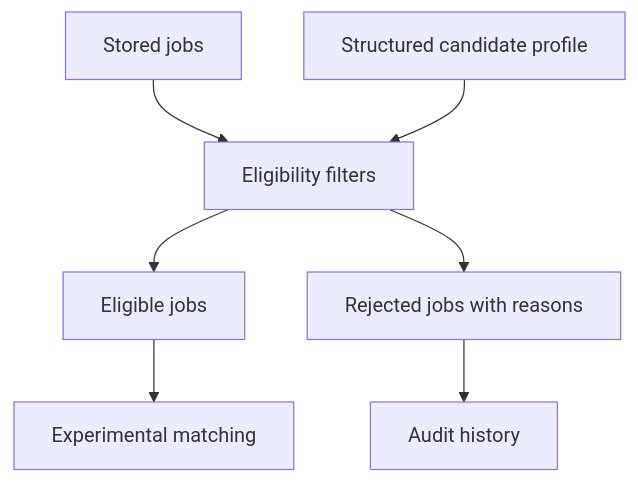
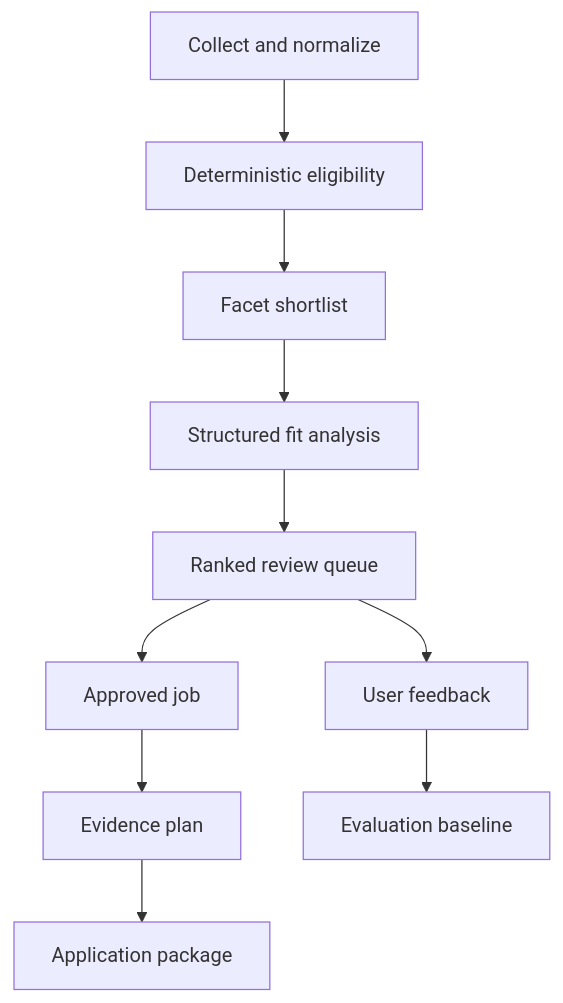
The second of 3 diagrams in jobintel/docs/JOB_TOOL_FUNCTION_MAP.md (HammerheadFistpunch/Job-tool), drawn with Mermaid before and after one commit. The commit also changed other lines of this file and 4 other files, not shown here.

Commit message:
Reframe roadmap for local-first intelligence

````diff
--- a/jobintel/docs/JOB_TOOL_FUNCTION_MAP.md
+++ b/jobintel/docs/JOB_TOOL_FUNCTION_MAP.md
@@ -155,9 +32,12 @@
 ```mermaid
 flowchart TD
-    A["Stored jobs"] --> B["Eligibility filters"]
-    C["Structured candidate profile"] --> B
-    B --> D["Eligible jobs"]
-    B --> E["Rejected jobs with reasons"]
-    D --> F["Experimental matching"]
-    E --> G["Audit history"]
+    A["Collect and normalize"] --> B["Deterministic eligibility"]
+    B --> C["Facet shortlist"]
+    C --> D["Structured fit analysis"]
+    D --> E["Ranked review queue"]
+    E --> F["Approved job"]
+    F --> G["Evidence plan"]
+    G --> H["Application package"]
+    E --> I["User feedback"]
+    I --> J["Evaluation baseline"]
 ```
````
